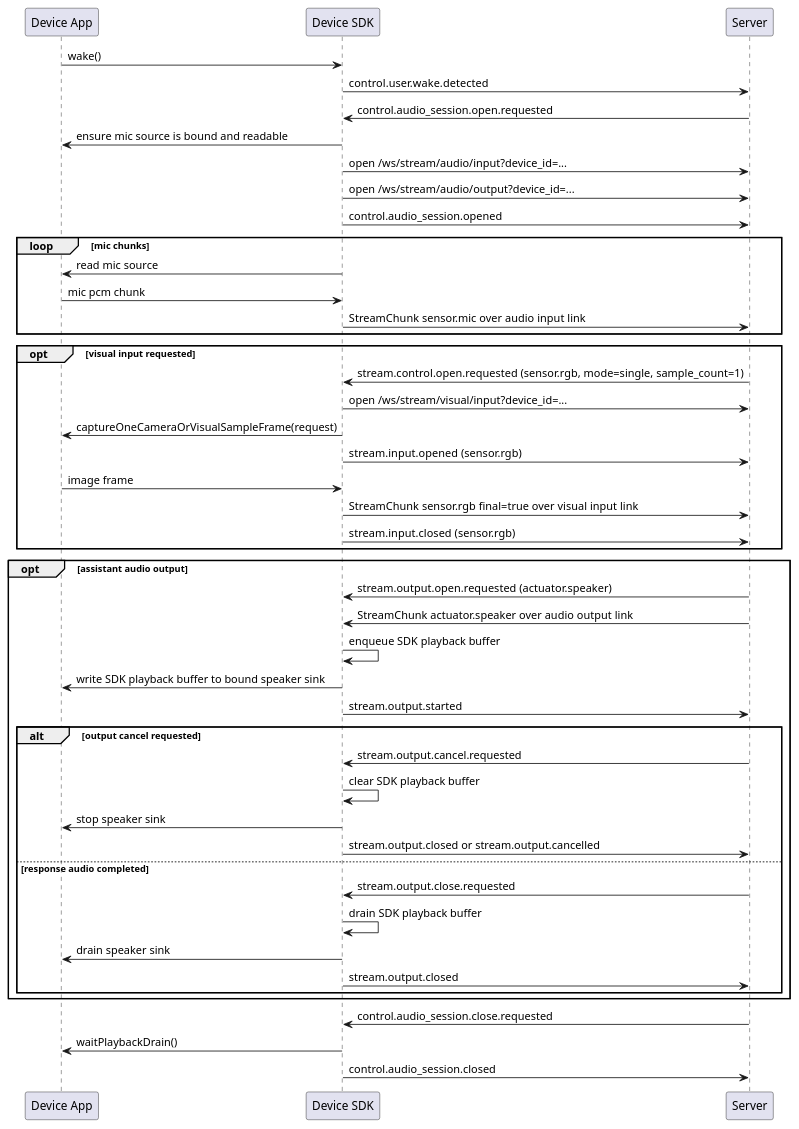
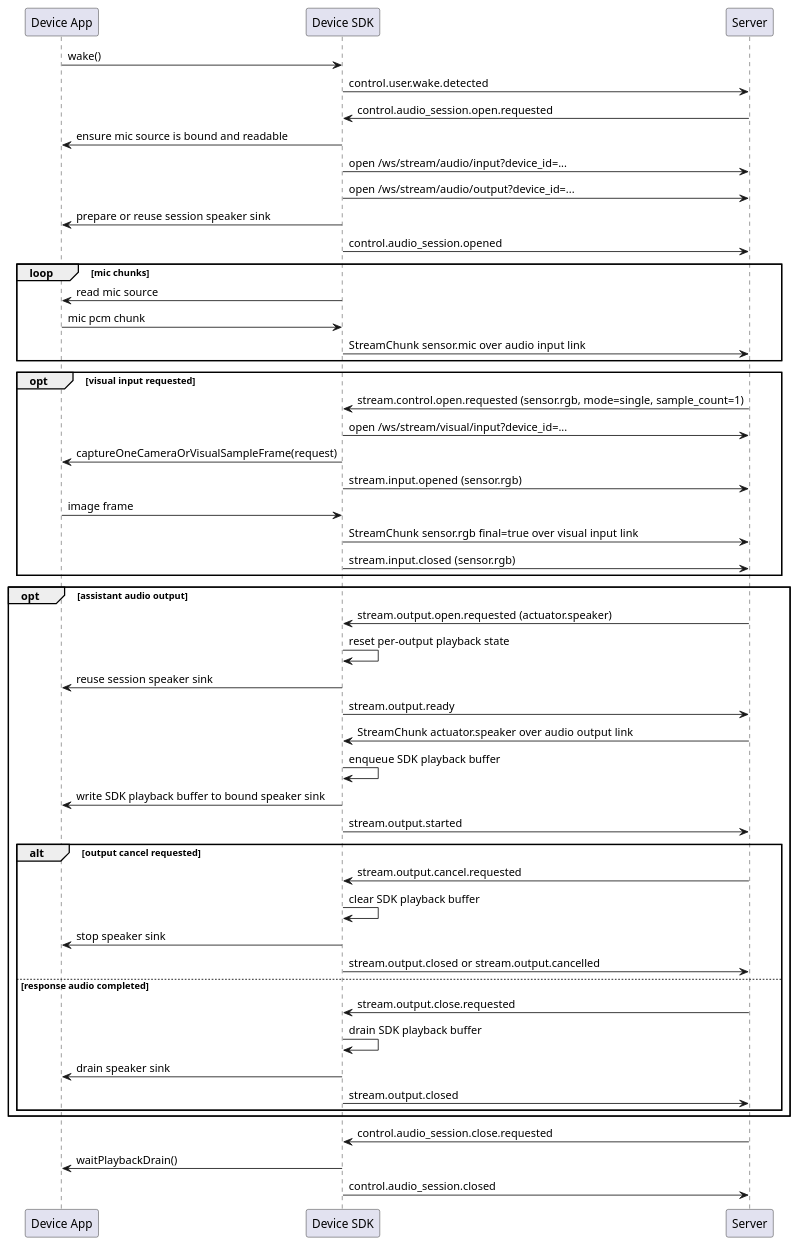
The third of 6 diagrams in docs/reference/device-sdk-event-blueprint.md (HengeLiu/RealtimeAgent), drawn with PlantUML before and after one commit. The commit also changed other lines of this file and 24 other files, not shown here.

````diff
--- a/docs/reference/device-sdk-event-blueprint.md
+++ b/docs/reference/device-sdk-event-blueprint.md
@@ -220,53 +222,57 @@
 ```plantuml
 @startuml
 participant "Device App" as App
 participant "Device SDK" as SDK
 participant Server
 
 App -> SDK: wake()
 SDK -> Server: control.user.wake.detected
 Server -> SDK: control.audio_session.open.requested
 SDK -> App: ensure mic source is bound and readable
 SDK -> Server: open /ws/stream/audio/input?device_id=...
 SDK -> Server: open /ws/stream/audio/output?device_id=...
+SDK -> App: prepare or reuse session speaker sink
 SDK -> Server: control.audio_session.opened
 loop mic chunks
   SDK -> App: read mic source
   App -> SDK: mic pcm chunk
   SDK -> Server: StreamChunk sensor.mic over audio input link
 end
 
 opt visual input requested
   Server -> SDK: stream.control.open.requested (sensor.rgb, mode=single, sample_count=1)
   SDK -> Server: open /ws/stream/visual/input?device_id=...
   SDK -> App: captureOneCameraOrVisualSampleFrame(request)
   SDK -> Server: stream.input.opened (sensor.rgb)
   App -> SDK: image frame
   SDK -> Server: StreamChunk sensor.rgb final=true over visual input link
   SDK -> Server: stream.input.closed (sensor.rgb)
 end
 
 opt assistant audio output
   Server -> SDK: stream.output.open.requested (actuator.speaker)
+  SDK -> SDK: reset per-output playback state
+  SDK -> App: reuse session speaker sink
+  SDK -> Server: stream.output.ready
   Server -> SDK: StreamChunk actuator.speaker over audio output link
   SDK -> SDK: enqueue SDK playback buffer
   SDK -> App: write SDK playback buffer to bound speaker sink
   SDK -> Server: stream.output.started
   alt output cancel requested
     Server -> SDK: stream.output.cancel.requested
     SDK -> SDK: clear SDK playback buffer
     SDK -> App: stop speaker sink
     SDK -> Server: stream.output.closed or stream.output.cancelled
   else response audio completed
     Server -> SDK: stream.output.close.requested
     SDK -> SDK: drain SDK playback buffer
     SDK -> App: drain speaker sink
     SDK -> Server: stream.output.closed
   end
 end
 
 Server -> SDK: control.audio_session.close.requested
 SDK -> App: waitPlaybackDrain()
 SDK -> Server: control.audio_session.closed
 @enduml
 ```
````
